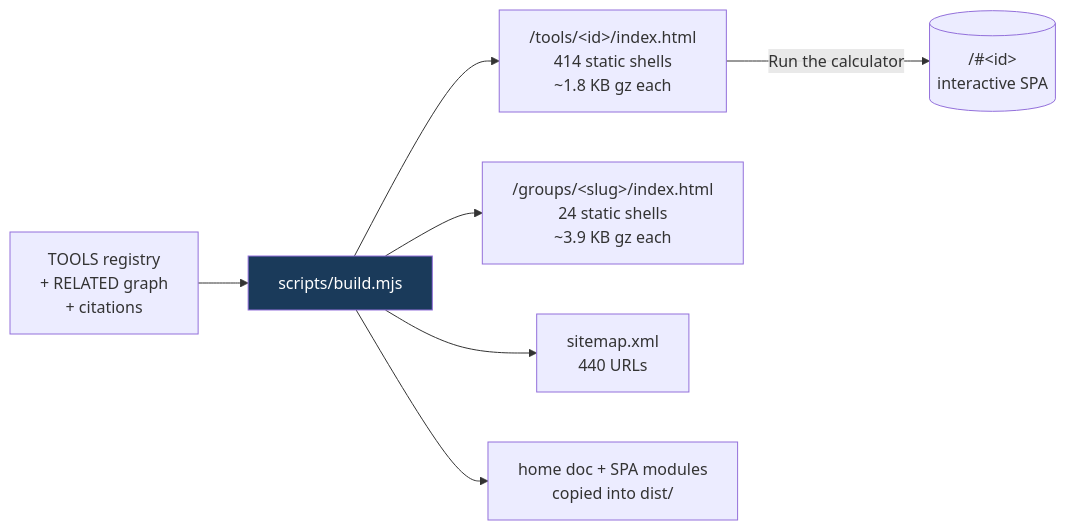
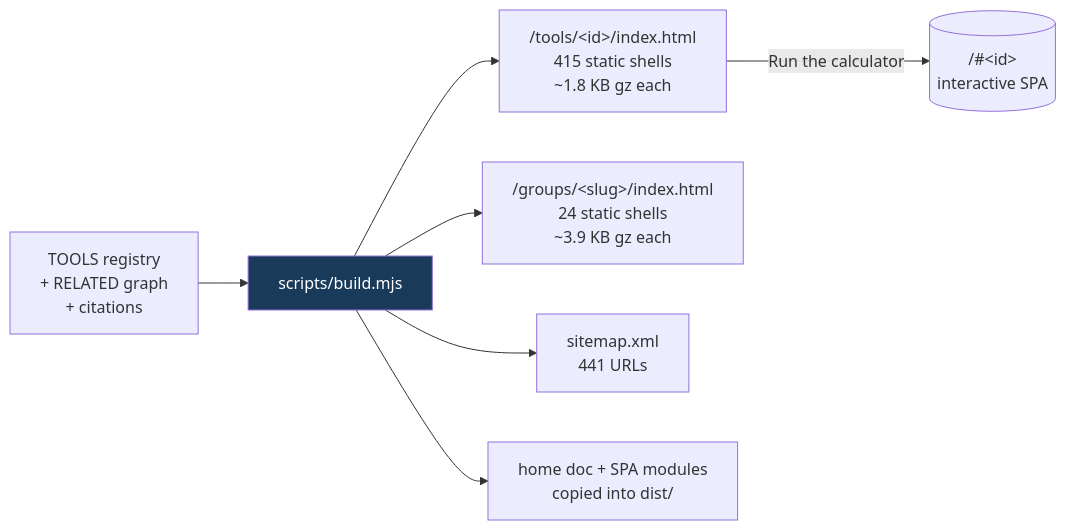
The third of 5 diagrams in README.md (clay-good/roughlogic.com), drawn with Mermaid before and after one commit. The commit also changed other lines of this file and 18 other files, not shown here.

````diff
--- a/README.md
+++ b/README.md
@@ -182,10 +182,10 @@
 ```mermaid
 flowchart LR
     SRC[TOOLS registry\n+ RELATED graph\n+ citations] --> BUILD[scripts/build.mjs]
-    BUILD --> TILE["/tools/&lt;id&gt;/index.html\n414 static shells\n~1.8 KB gz each"]
+    BUILD --> TILE["/tools/&lt;id&gt;/index.html\n415 static shells\n~1.8 KB gz each"]
     BUILD --> GROUP["/groups/&lt;slug&gt;/index.html\n24 static shells\n~3.9 KB gz each"]
-    BUILD --> MAP["sitemap.xml\n440 URLs"]
+    BUILD --> MAP["sitemap.xml\n441 URLs"]
     BUILD --> COPY[home doc + SPA modules\ncopied into dist/]
     TILE -->|Run the calculator| SPA[("/#&lt;id&gt;\ninteractive SPA")]
     style BUILD fill:#1a3a5a,color:#fff
 ```
````
